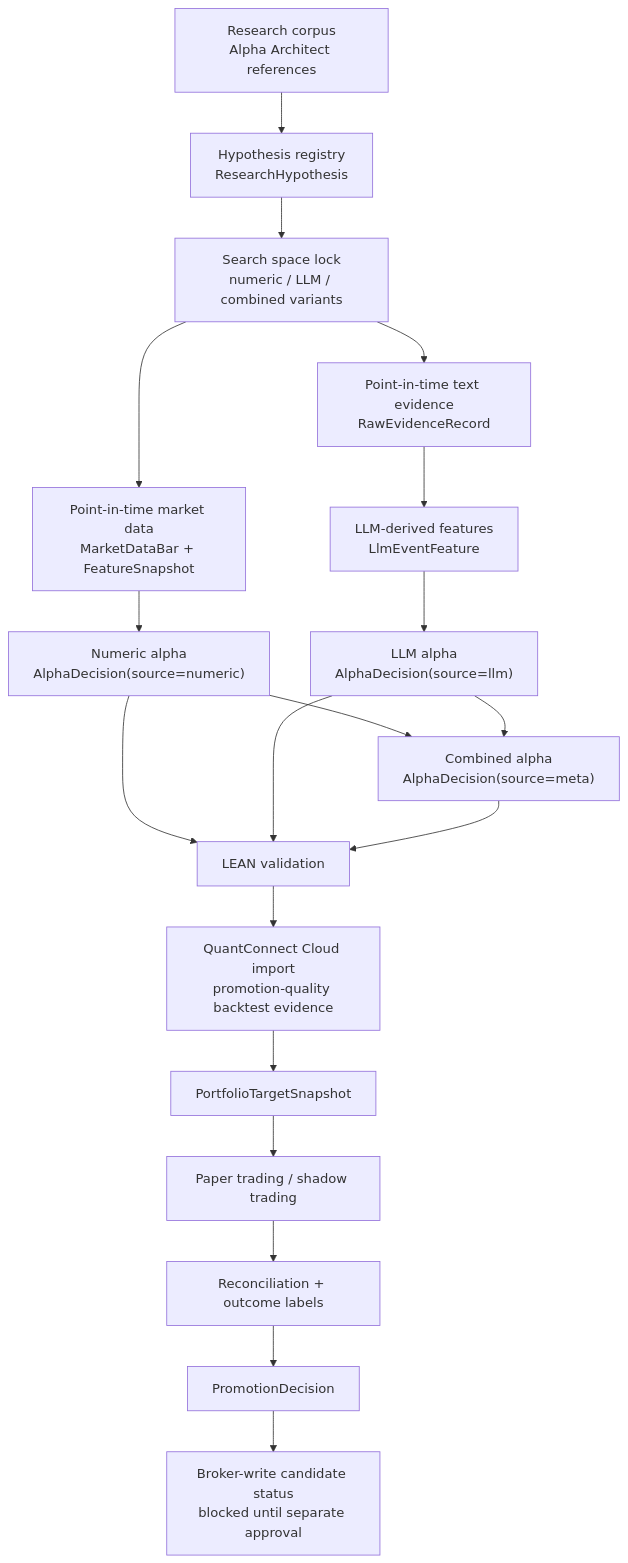
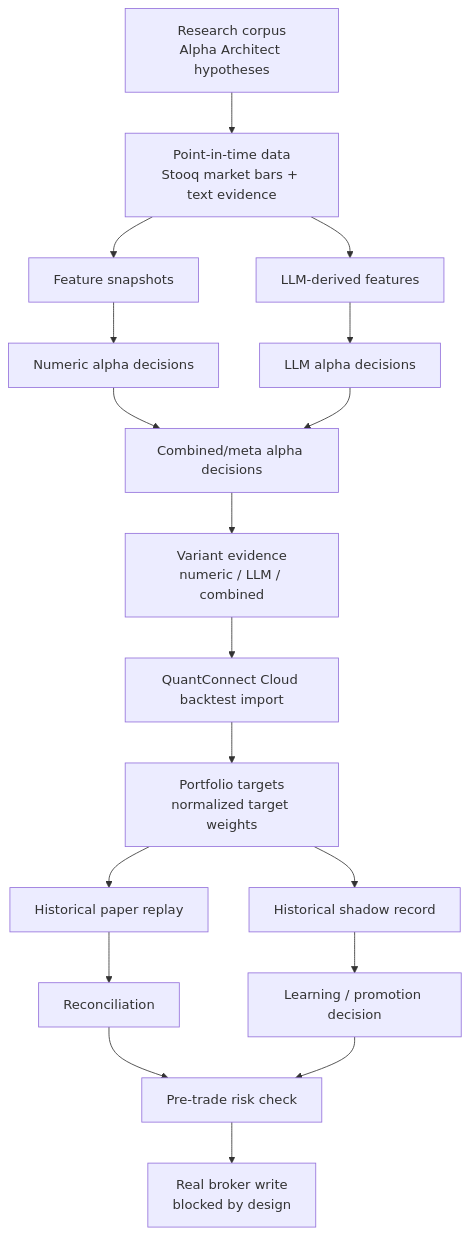
Before and after one commit to gigio1023/lincei-quant-research-engine: the diagram in result.md, drawn with Mermaid. The commit also changed other lines of this file and 21 other files, not shown here.

First line of the commit message:
Fix capital evidence replay and cloud targets (#25)

````diff
--- a/result.md
+++ b/result.md
@@ -65,21 +17,20 @@
 ```mermaid
-graph TD
-    A["Research corpus<br/>Alpha Architect references"] --> B["Hypothesis registry<br/>ResearchHypothesis"]
-    B --> C["Search space lock<br/>numeric / LLM / combined variants"]
-    C --> D["Point-in-time market data<br/>MarketDataBar + FeatureSnapshot"]
-    C --> E["Point-in-time text evidence<br/>RawEvidenceRecord"]
-    D --> F["Numeric alpha<br/>AlphaDecision(source=numeric)"]
-    E --> G["LLM-derived features<br/>LlmEventFeature"]
-    G --> H["LLM alpha<br/>AlphaDecision(source=llm)"]
-    F --> I["Combined alpha<br/>AlphaDecision(source=meta)"]
-    H --> I
-    F --> J["LEAN validation"]
-    H --> J
-    I --> J
-    J --> K["QuantConnect Cloud import<br/>promotion-quality backtest evidence"]
-    K --> L["PortfolioTargetSnapshot"]
-    L --> M["Paper trading / shadow trading"]
-    M --> N["Reconciliation + outcome labels"]
-    N --> O["PromotionDecision"]
-    O --> P["Broker-write candidate status<br/>blocked until separate approval"]
+flowchart TD
+    A["Research corpus<br/>Alpha Architect hypotheses"] --> B["Point-in-time data<br/>Stooq market bars + text evidence"]
+    B --> C["Feature snapshots"]
+    C --> D["Numeric alpha decisions"]
+    B --> E["LLM-derived features"]
+    E --> F["LLM alpha decisions"]
+    D --> G["Combined/meta alpha decisions"]
+    F --> G
+    G --> H["Variant evidence<br/>numeric / LLM / combined"]
+    H --> I["QuantConnect Cloud backtest import"]
+    I --> J["Portfolio targets<br/>normalized target weights"]
+    J --> K["Historical paper replay"]
+    J --> L["Historical shadow record"]
+    K --> M["Reconciliation"]
+    L --> N["Learning / promotion decision"]
+    M --> O["Pre-trade risk check"]
+    N --> O
+    O --> P["Real broker write<br/>blocked by design"]
 ```
````
